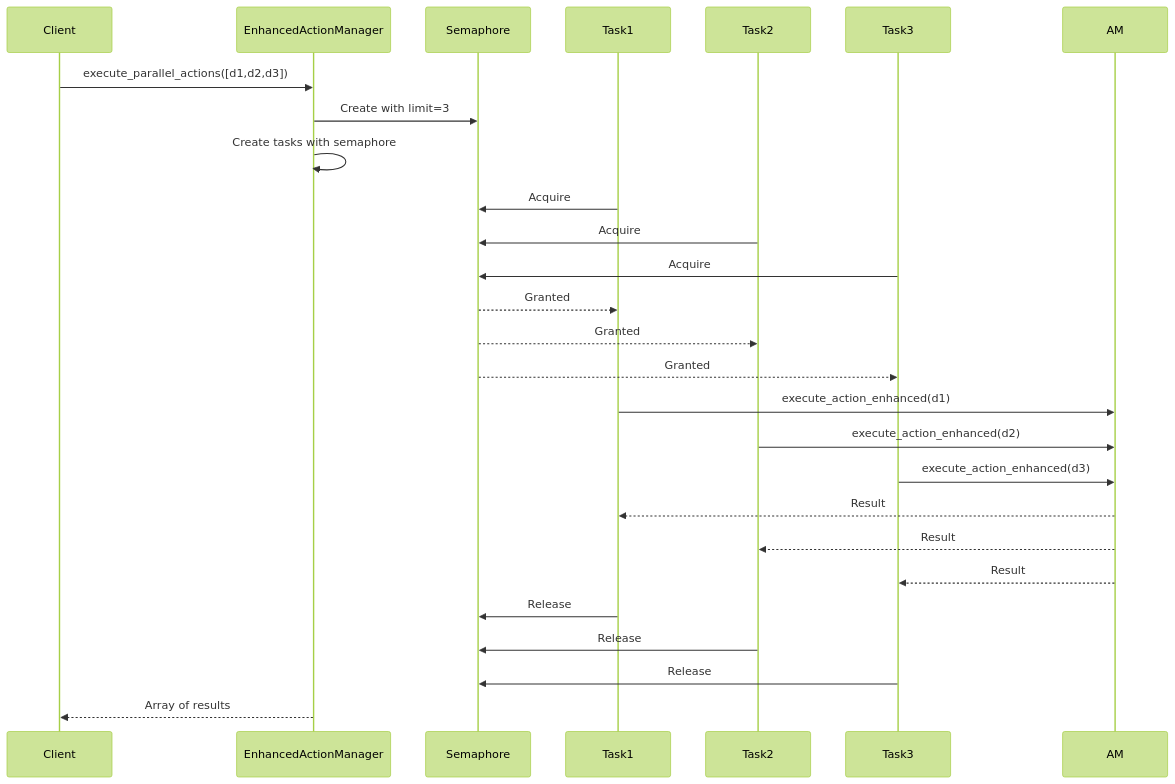
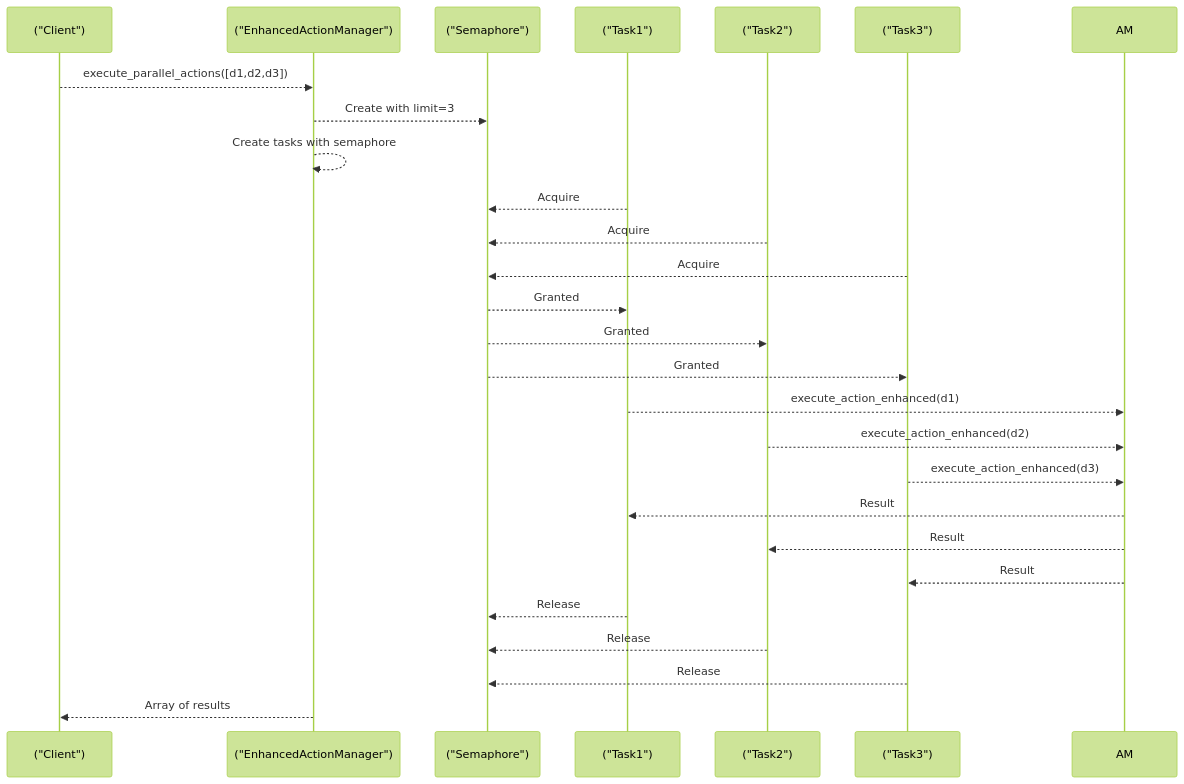
Before and after one commit to Likhithsai2580/RAVANA-WIKI: the eighth of 8 diagrams in docs/Action System/Action Manager.md, drawn with Mermaid (forest theme). The commit also changed other lines of this file and 32 other files, not shown here.

First line of the commit message:
feat(mermaid): enhance Mermaid diagram rendering and debugging support

````diff
--- a/docs/Action System/Action Manager.md
+++ b/docs/Action System/Action Manager.md
@@ -310,28 +310,28 @@
 ```mermaid
 sequenceDiagram
-participant Client
-participant EAM as EnhancedActionManager
-participant Semaphore
-participant Task1
-participant Task2
-participant Task3
-Client->>EAM : execute_parallel_actions([d1,d2,d3])
-EAM->>Semaphore : Create with limit=3
-EAM->>EAM : Create tasks with semaphore
-Task1->>Semaphore : Acquire
-Task2->>Semaphore : Acquire
-Task3->>Semaphore : Acquire
+participant Client as ("Client")
+participant EAM as ("EnhancedActionManager")
+participant Semaphore as ("Semaphore")
+participant Task1 as ("Task1")
+participant Task2 as ("Task2")
+participant Task3 as ("Task3")
+Client-->>EAM : execute_parallel_actions([d1,d2,d3])
+EAM-->>Semaphore : Create with limit=3
+EAM-->>EAM : Create tasks with semaphore
+Task1-->>Semaphore : Acquire
+Task2-->>Semaphore : Acquire
+Task3-->>Semaphore : Acquire
 Semaphore-->>Task1 : Granted
 Semaphore-->>Task2 : Granted
 Semaphore-->>Task3 : Granted
-Task1->>AM : execute_action_enhanced(d1)
-Task2->>AM : execute_action_enhanced(d2)
-Task3->>AM : execute_action_enhanced(d3)
+Task1-->>AM : execute_action_enhanced(d1)
+Task2-->>AM : execute_action_enhanced(d2)
+Task3-->>AM : execute_action_enhanced(d3)
 AM-->>Task1 : Result
 AM-->>Task2 : Result
 AM-->>Task3 : Result
-Task1->>Semaphore : Release
-Task2->>Semaphore : Release
-Task3->>Semaphore : Release
+Task1-->>Semaphore : Release
+Task2-->>Semaphore : Release
+Task3-->>Semaphore : Release
 EAM-->>Client : Array of results
 ```
````
